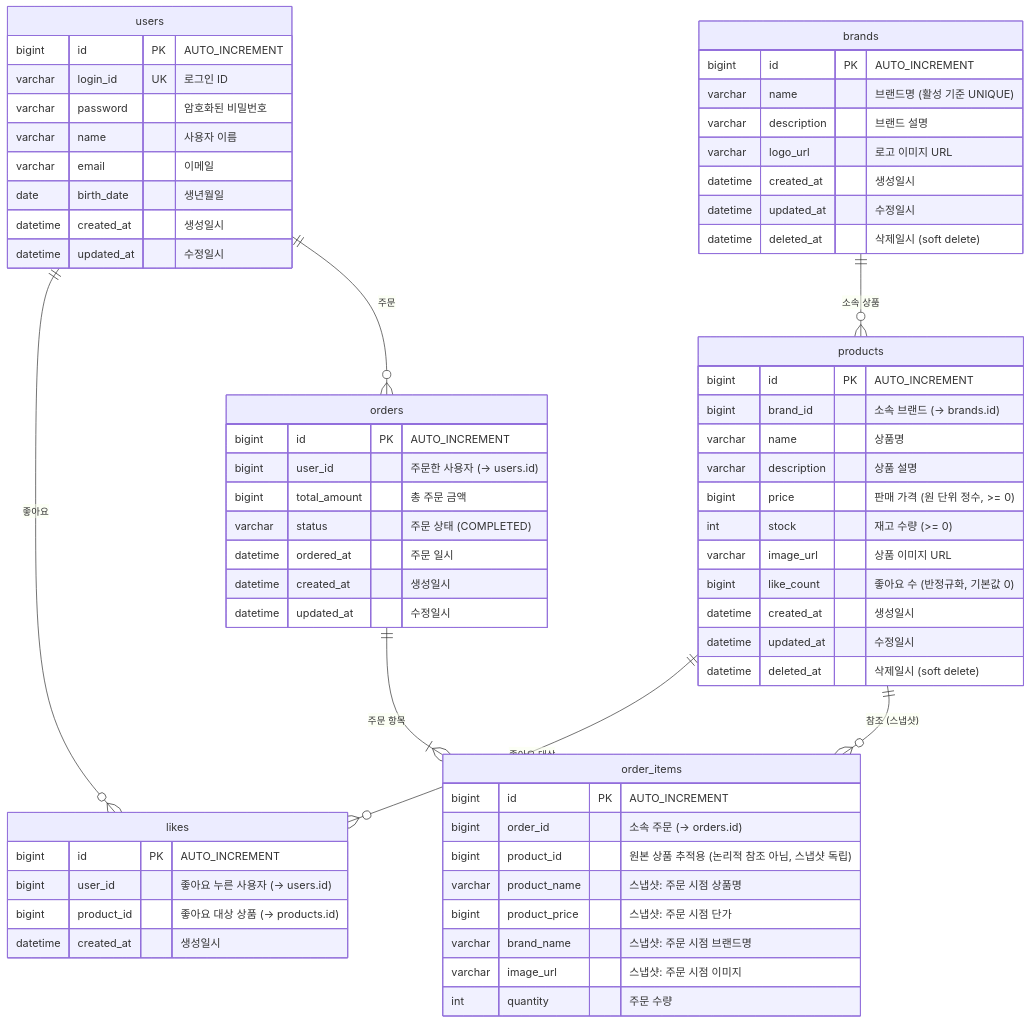
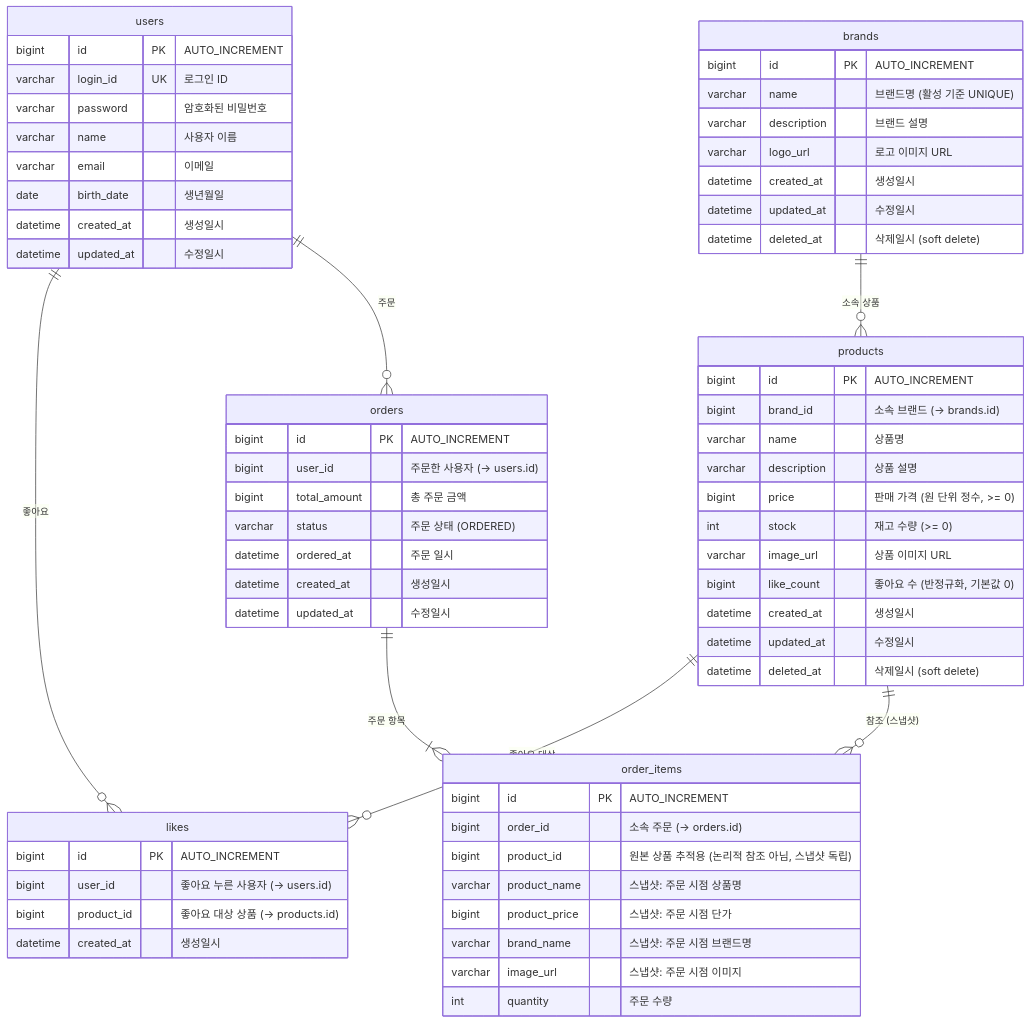
Before and after one commit to Loopers-dev-lab/loop-pack-be-l2-vol3-kotlin: the diagram in docs/design/04-erd.md, drawn with Mermaid. The commit also changed other lines of this file and 4 other files, not shown here.

````diff
--- a/docs/design/04-erd.md
+++ b/docs/design/04-erd.md
@@ -26,72 +26,72 @@
 ```mermaid
 erDiagram
     users {
         bigint id PK "AUTO_INCREMENT"
         varchar login_id UK "로그인 ID"
         varchar password "암호화된 비밀번호"
         varchar name "사용자 이름"
         varchar email "이메일"
         date birth_date "생년월일"
         datetime created_at "생성일시"
         datetime updated_at "수정일시"
     }
 
     brands {
         bigint id PK "AUTO_INCREMENT"
         varchar name "브랜드명 (활성 기준 UNIQUE)"
         varchar description "브랜드 설명"
         varchar logo_url "로고 이미지 URL"
         datetime created_at "생성일시"
         datetime updated_at "수정일시"
         datetime deleted_at "삭제일시 (soft delete)"
     }
 
     products {
         bigint id PK "AUTO_INCREMENT"
         bigint brand_id "소속 브랜드 (→ brands.id)"
         varchar name "상품명"
         varchar description "상품 설명"
         bigint price "판매 가격 (원 단위 정수, >= 0)"
         int stock "재고 수량 (>= 0)"
         varchar image_url "상품 이미지 URL"
         bigint like_count "좋아요 수 (반정규화, 기본값 0)"
         datetime created_at "생성일시"
         datetime updated_at "수정일시"
         datetime deleted_at "삭제일시 (soft delete)"
     }
 
     likes {
         bigint id PK "AUTO_INCREMENT"
         bigint user_id "좋아요 누른 사용자 (→ users.id)"
         bigint product_id "좋아요 대상 상품 (→ products.id)"
         datetime created_at "생성일시"
     }
 
     orders {
         bigint id PK "AUTO_INCREMENT"
         bigint user_id "주문한 사용자 (→ users.id)"
         bigint total_amount "총 주문 금액"
-        varchar status "주문 상태 (COMPLETED)"
+        varchar status "주문 상태 (ORDERED)"
         datetime ordered_at "주문 일시"
         datetime created_at "생성일시"
         datetime updated_at "수정일시"
     }
 
     order_items {
         bigint id PK "AUTO_INCREMENT"
         bigint order_id "소속 주문 (→ orders.id)"
         bigint product_id "원본 상품 추적용 (논리적 참조 아님, 스냅샷 독립)"
         varchar product_name "스냅샷: 주문 시점 상품명"
         bigint product_price "스냅샷: 주문 시점 단가"
         varchar brand_name "스냅샷: 주문 시점 브랜드명"
         varchar image_url "스냅샷: 주문 시점 이미지"
         int quantity "주문 수량"
     }
 
     users ||--o{ likes : "좋아요"
     users ||--o{ orders : "주문"
     brands ||--o{ products : "소속 상품"
     products ||--o{ likes : "좋아요 대상"
     orders ||--|{ order_items : "주문 항목"
     products ||--o{ order_items : "참조 (스냅샷)"
 ```
````
